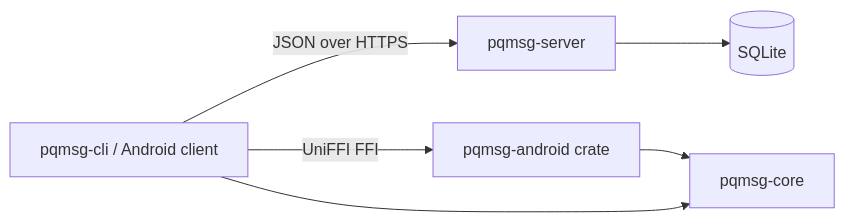
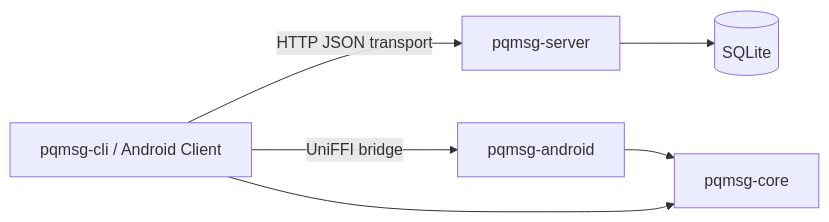
Before and after one commit to ErenAri/post-quantum-messaging-app: the first of 2 diagrams in README.md, drawn with Mermaid. The commit also changed other lines of this file and 21 other files, not shown here.

````diff
--- a/README.md
+++ b/README.md
@@ -17,8 +25,8 @@
 ```mermaid
 flowchart LR
-    A[pqmsg-cli / Android client] -->|JSON over HTTPS| S[pqmsg-server]
-    A -->|UniFFI FFI| R[pqmsg-android crate]
-    R --> C[pqmsg-core]
-    A --> C
-    S --> D[(SQLite)]
+    C[pqmsg-cli / Android Client] -->|HTTP JSON transport| S[pqmsg-server]
+    C -->|UniFFI bridge| A[pqmsg-android]
+    A --> CORE[pqmsg-core]
+    C --> CORE
+    S --> DB[(SQLite)]
 ```
````
